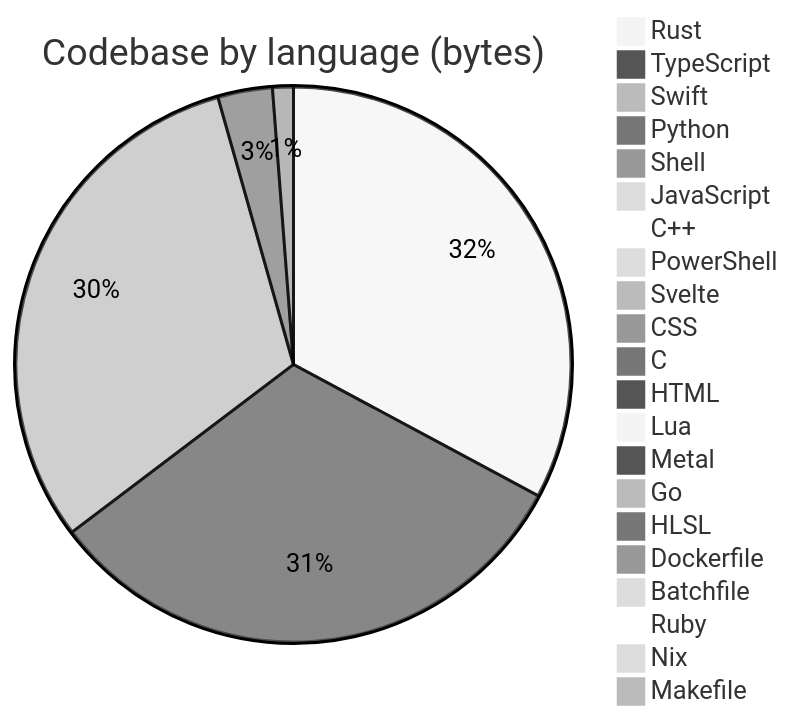
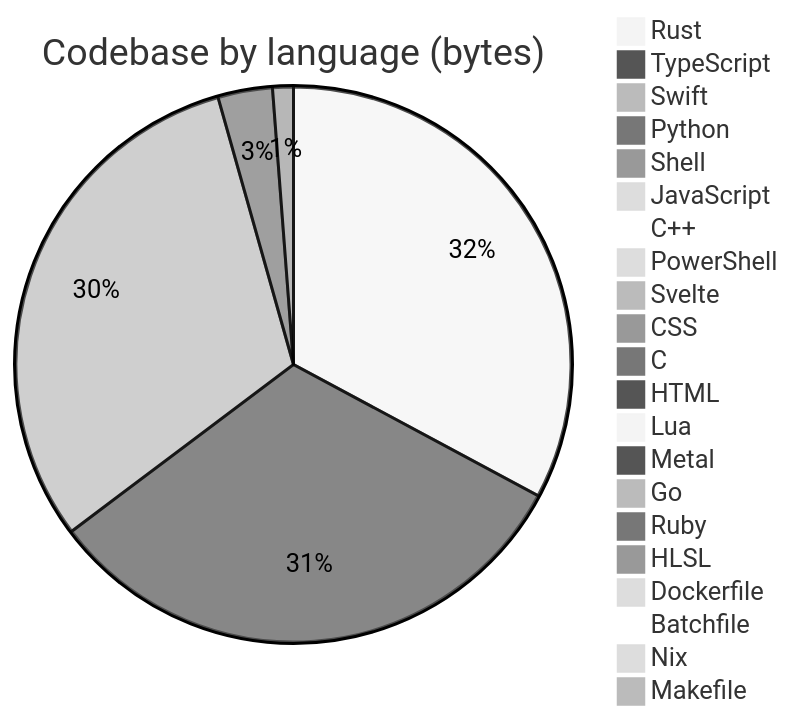
One commit to Open330/.github changed the diagram in profile/README.md. Above: the diagram before and after it, drawn with Mermaid (neutral theme). The commit also changed other lines of this file and 1 other file, not shown here.

````diff
--- a/profile/README.md
+++ b/profile/README.md
@@ -138,24 +138,24 @@
 ```mermaid
 pie title Codebase by language (bytes)
-    "Rust" : 37413887
-    "TypeScript" : 36287461
+    "Rust" : 37471341
+    "TypeScript" : 36397615
     "Swift" : 35238337
-    "Python" : 3617062
+    "Python" : 3619661
     "Shell" : 1379107
-    "JavaScript" : 668996
+    "JavaScript" : 677910
     "C++" : 388775
     "PowerShell" : 333788
     "Svelte" : 275766
-    "CSS" : 219282
+    "CSS" : 221755
     "C" : 197825
-    "HTML" : 122283
+    "HTML" : 123039
     "Lua" : 48814
     "Metal" : 33192
     "Go" : 22811
+    "Ruby" : 8651
     "HLSL" : 7527
     "Dockerfile" : 6402
     "Batchfile" : 5660
-    "Ruby" : 4901
     "Nix" : 3168
     "Makefile" : 1692
 ```
````
